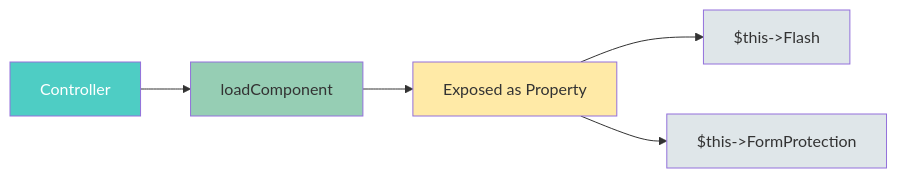
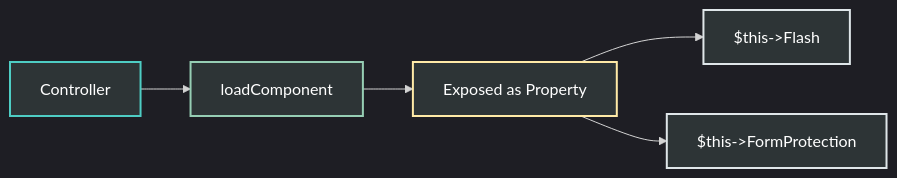
One commit to abhayraj-ops/Cake-Learn changed the third of 8 diagrams in docs/05-components.md. Above: the diagram before and after it, drawn with Mermaid. The commit also changed other lines of this file, not shown here.

Commit message:
Fix Mermaid diagram syntax error in Configuration Methods

````diff
--- a/docs/05-components.md
+++ b/docs/05-components.md
@@ -146,13 +148,14 @@
 ```mermaid
+%%{init: {'theme': 'dark'}}%%
 graph LR
     A[Controller] --> B[loadComponent]
     B --> C[Exposed as Property]
     C --> D[$this->Flash]
     C --> E[$this->FormProtection]
     
-    style A fill:#4ecdc4,color:#fff
-    style B fill:#96ceb4
-    style C fill:#ffeaa7
-    style D fill:#dfe6e9
-    style E fill:#dfe6e9
+    style A fill:#2d3436,color:#fff,stroke:#4ecdc4,stroke-width:2px
+    style B fill:#2d3436,color:#fff,stroke:#96ceb4,stroke-width:2px
+    style C fill:#2d3436,color:#fff,stroke:#ffeaa7,stroke-width:2px
+    style D fill:#2d3436,color:#fff,stroke:#dfe6e9,stroke-width:2px
+    style E fill:#2d3436,color:#fff,stroke:#dfe6e9,stroke-width:2px
 ```
````
